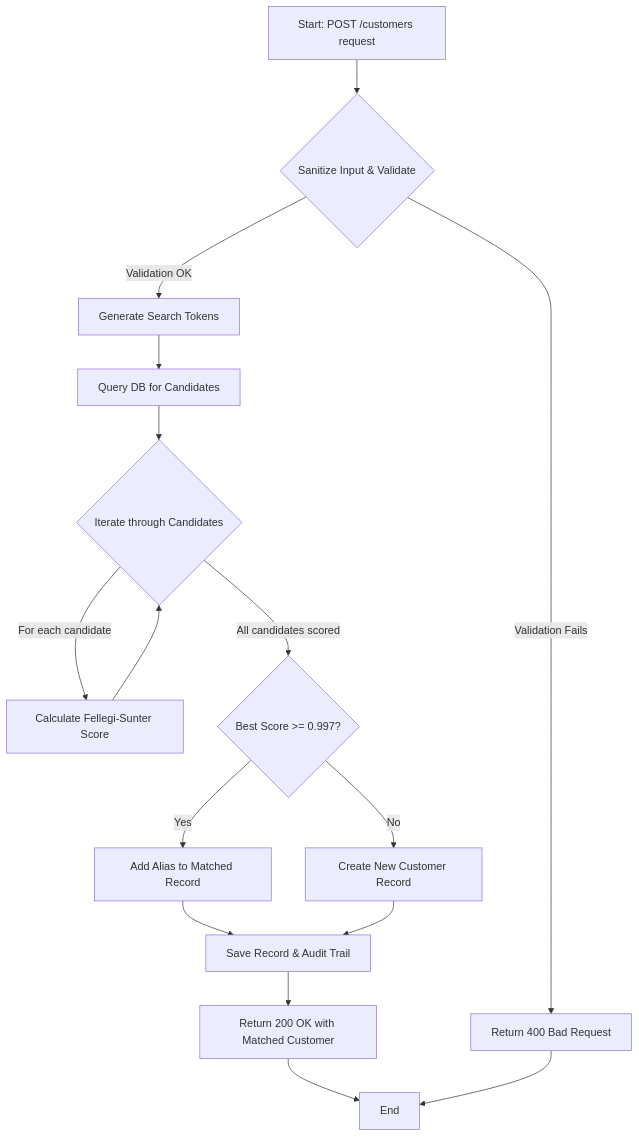
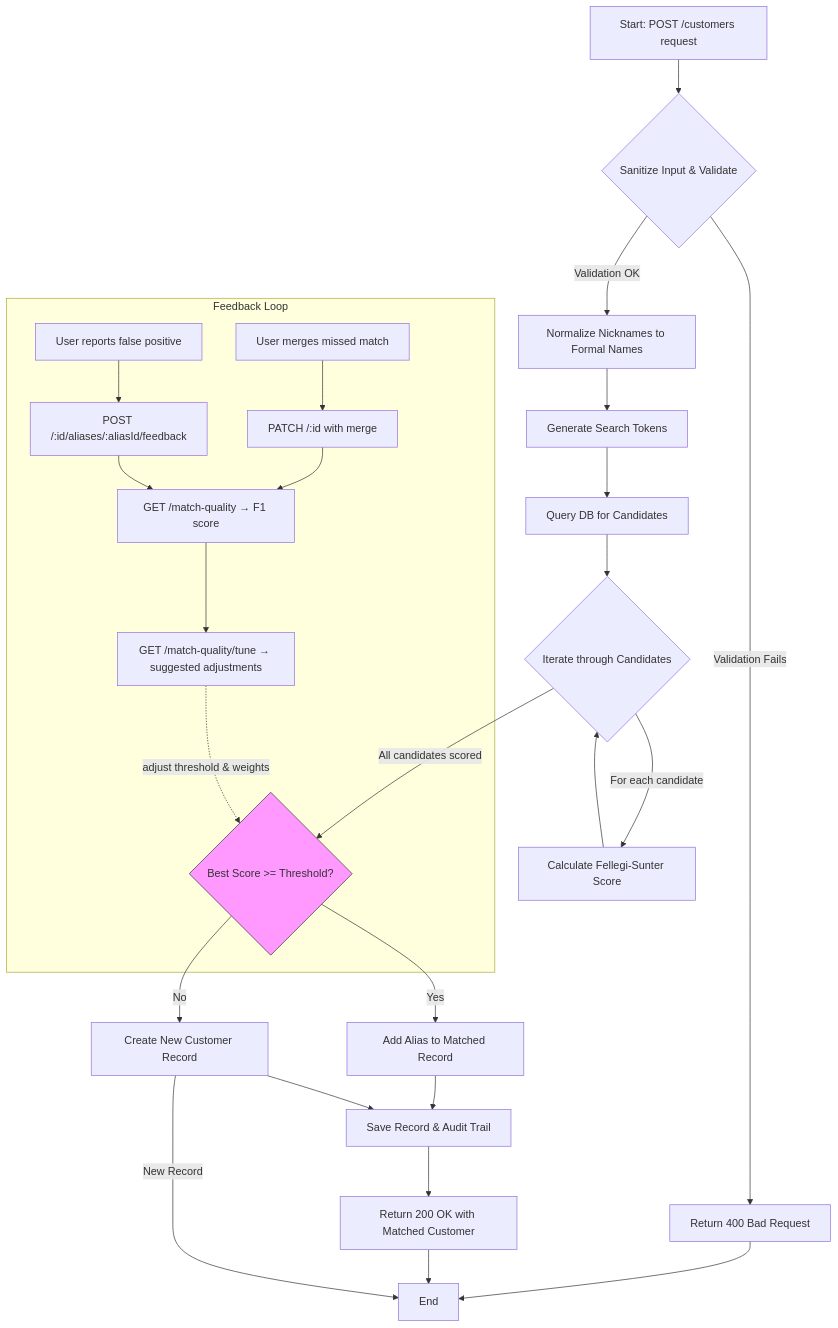
One commit to cesau78/s14s-identify changed the diagram in README.md. Above: the diagram before and after it, drawn with Mermaid. The commit also changed other lines of this file, not shown here.

First line of the commit message:
docs: Update README with F1 feedback loop, nickname normalization, and new endpoints

````diff
--- a/README.md
+++ b/README.md
@@ -82,18 +97,32 @@
 ```mermaid
 graph TD
     A[Start: POST /customers request] --> B{Sanitize Input & Validate};
     B -- Validation Fails --> C[Return 400 Bad Request];
-    B -- Validation OK --> D[Generate Search Tokens];
+    B -- Validation OK --> N[Normalize Nicknames to Formal Names];
+    N --> D[Generate Search Tokens];
     D --> E[Query DB for Candidates];
     E --> F{Iterate through Candidates};
     F -- For each candidate --> G[Calculate Fellegi-Sunter Score];
     G --> F;
-    F -- All candidates scored --> H{Best Score >= 0.997?};
+    F -- All candidates scored --> H{Best Score >= Threshold?};
     H -- Yes --> I[Add Alias to Matched Record];
     I --> K[Save Record & Audit Trail];
     K --> L[Return 200 OK with Matched Customer];
     H -- No --> J[Create New Customer Record];
     J --> K;
     L --> M[End];
     C --> M;
+    J -- New Record --> M;
+
+    style H fill:#f9f,stroke:#333
+    linkStyle default stroke:#333
+
+    subgraph Feedback Loop
+        Q[User reports false positive] --> R[POST /:id/aliases/:aliasId/feedback];
+        S[User merges missed match] --> T[PATCH /:id with merge];
+        R --> U[GET /match-quality → F1 score];
+        T --> U;
+        U --> V[GET /match-quality/tune → suggested adjustments];
+        V -. adjust threshold & weights .-> H;
+    end
 ```
````
